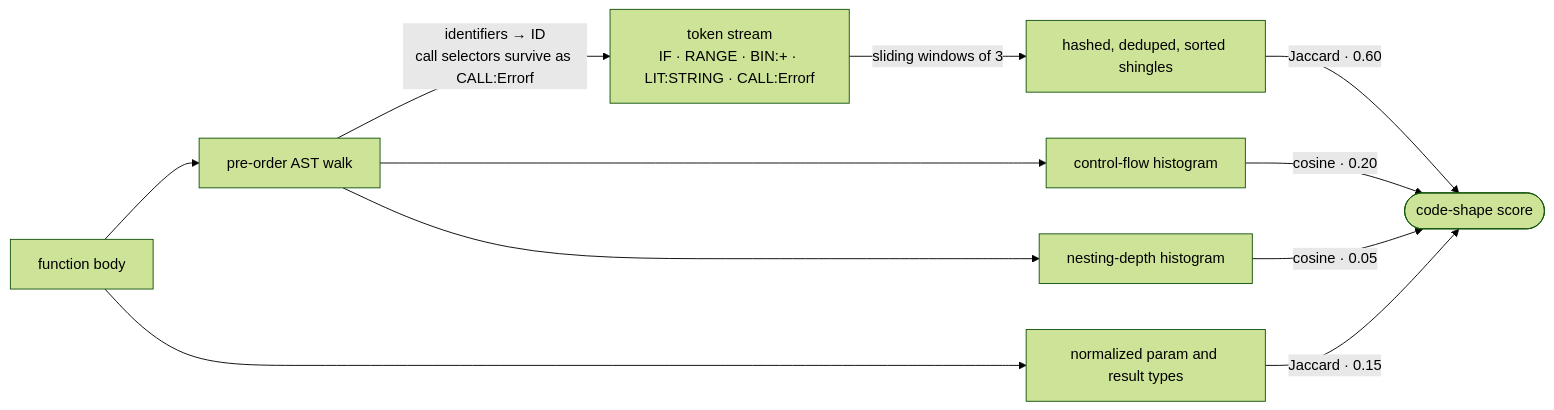
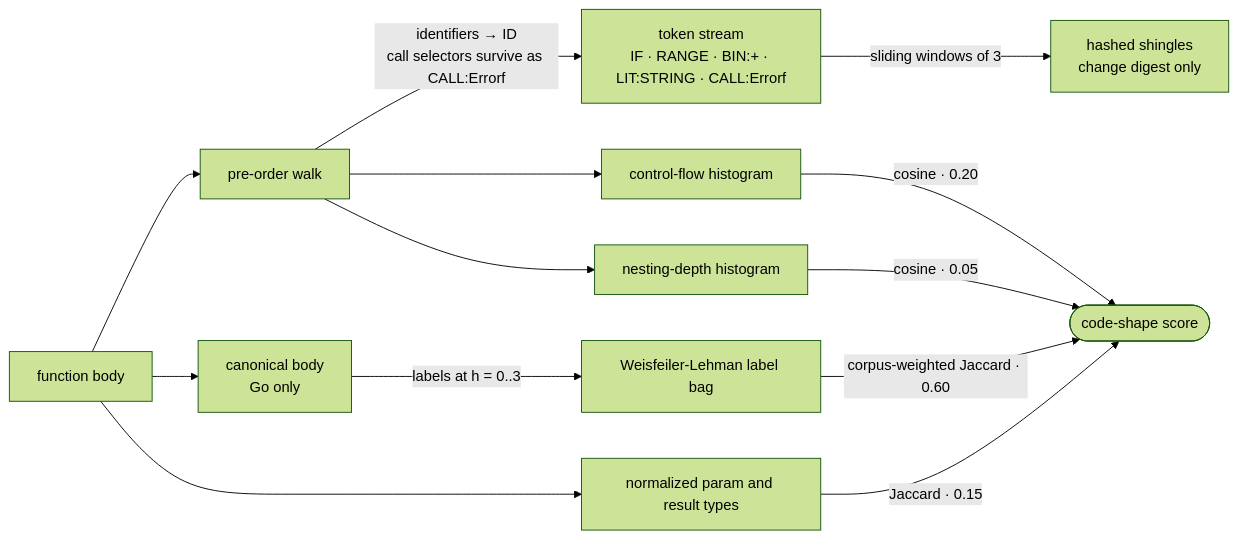
The third of 7 diagrams in .github/wiki/how-it-works.md (LukasSelin/doppel), drawn with Mermaid (forest theme) before and after one commit. The commit also changed other lines of this file and 3 other files, not shown here.

````diff
--- a/.github/wiki/how-it-works.md
+++ b/.github/wiki/how-it-works.md
@@ -80,15 +80,18 @@
 ```mermaid
 flowchart LR
-    src["function body"] --> walk["pre-order AST walk"]
+    src["function body"] --> walk["pre-order walk"]
     walk -->|"identifiers → ID<br/>call selectors survive as CALL:Errorf"| toks["token stream<br/>IF · RANGE · BIN:+ · LIT:STRING · CALL:Errorf"]
-    toks -->|"sliding windows of 3"| sh["hashed, deduped, sorted shingles"]
+    toks -->|"sliding windows of 3"| sh["hashed shingles<br/>change digest only"]
+
+    src --> canon["canonical body<br/>Go only"]
+    canon -->|"labels at h = 0..3"| wl["Weisfeiler-Lehman label bag"]
 
     walk --> flow["control-flow histogram"]
     walk --> depth["nesting-depth histogram"]
     src --> sig["normalized param and result types"]
 
-    sh -->|"Jaccard · 0.60"| score(["code-shape score"])
+    wl -->|"corpus-weighted Jaccard · 0.60"| score(["code-shape score"])
     flow -->|"cosine · 0.20"| score
     depth -->|"cosine · 0.05"| score
     sig -->|"Jaccard · 0.15"| score
 ```
````
